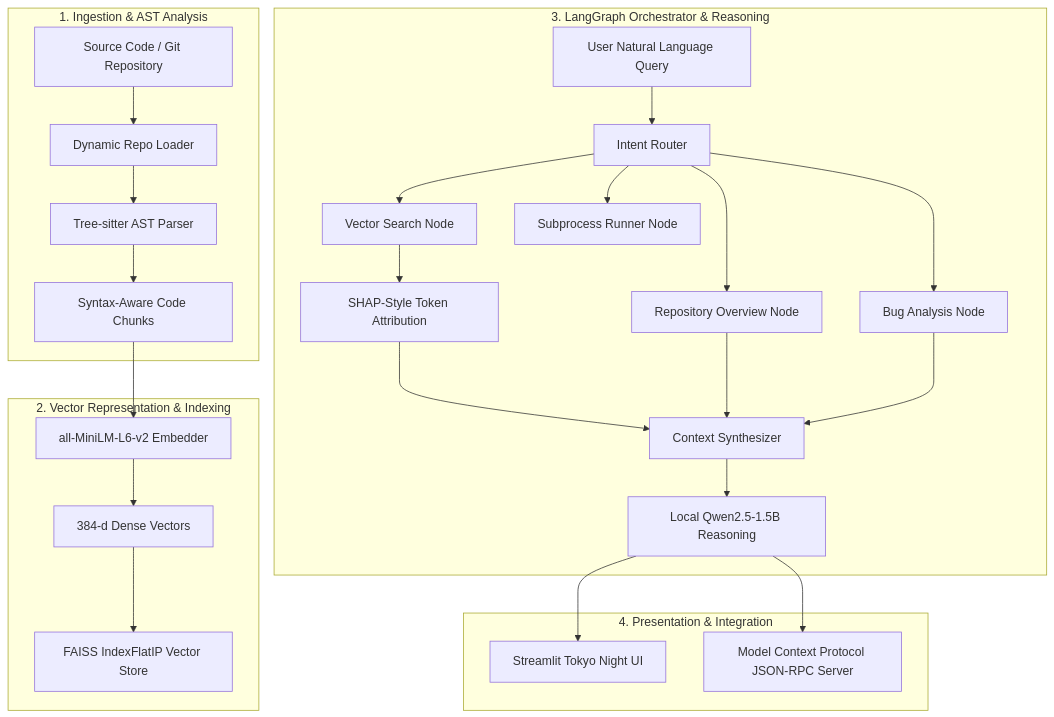
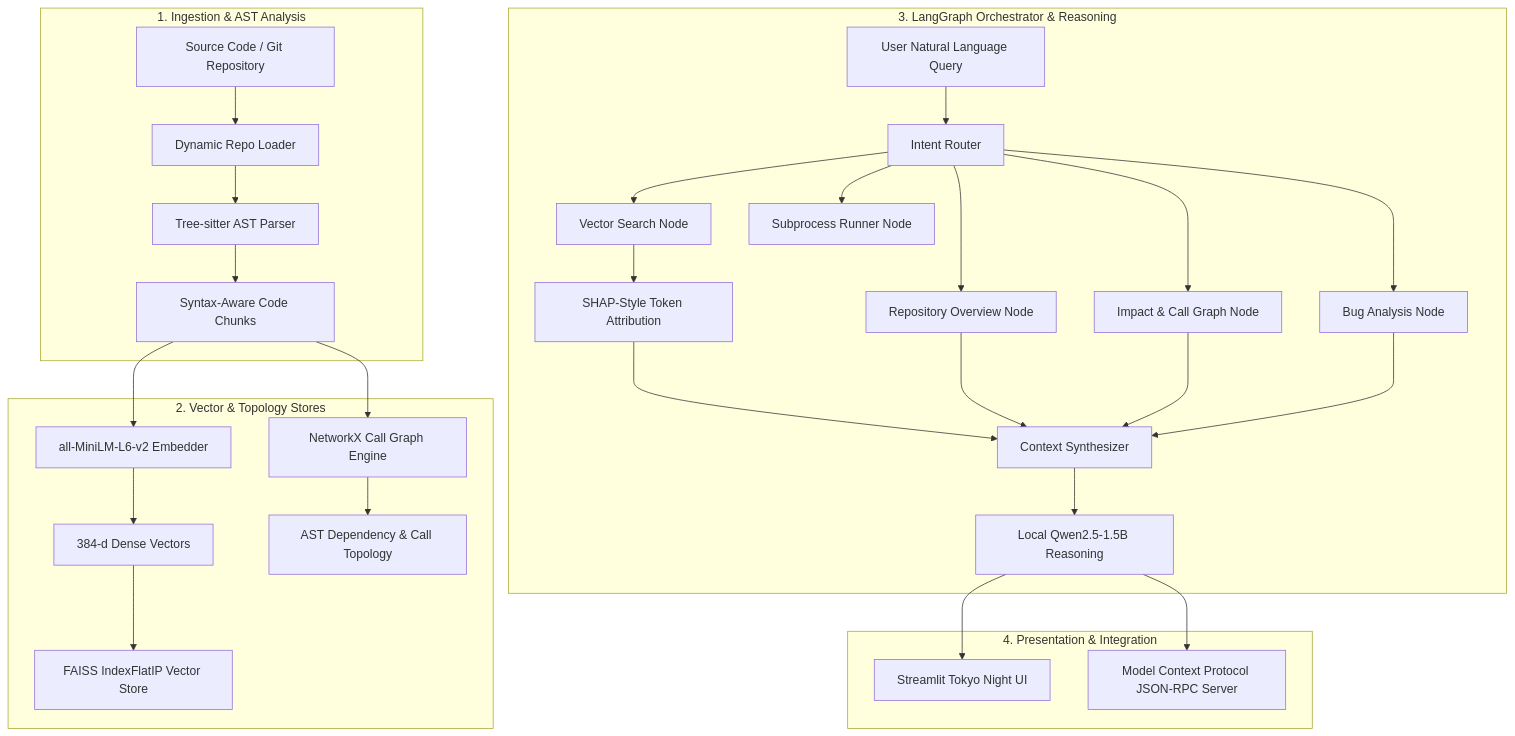
Before and after one commit to nandinisahu2120/codeAtlas: the diagram in README.md, drawn with Mermaid. The commit also changed other lines of this file, not shown here.

Commit message:
docs: update README with call graph topology, architecture, and contributors

````diff
--- a/README.md
+++ b/README.md
@@ -11,34 +11,39 @@
 ```mermaid
 flowchart TD
     subgraph Ingestion ["1. Ingestion & AST Analysis"]
         Repo[Source Code / Git Repository] --> Loader[Dynamic Repo Loader]
         Loader --> TS[Tree-sitter AST Parser]
         TS --> Chunks[Syntax-Aware Code Chunks]
     end
 
-    subgraph Indexing ["2. Vector Representation & Indexing"]
+    subgraph Indexing ["2. Vector & Topology Stores"]
         Chunks --> Embedder[all-MiniLM-L6-v2 Embedder]
         Embedder --> Vectors[384-d Dense Vectors]
         Vectors --> FAISS[FAISS IndexFlatIP Vector Store]
+        
+        Chunks --> GraphEngine[NetworkX Call Graph Engine]
+        GraphEngine --> DiGraph[AST Dependency & Call Topology]
     end
 
     subgraph AgenticCore ["3. LangGraph Orchestrator & Reasoning"]
         Query[User Natural Language Query] --> Router[Intent Router]
         Router --> SearchNode[Vector Search Node]
         Router --> OverviewNode[Repository Overview Node]
+        Router --> GraphNode[Impact & Call Graph Node]
         Router --> BugNode[Bug Analysis Node]
         Router --> RunNode[Subprocess Runner Node]
         
         SearchNode --> XAI[SHAP-Style Token Attribution]
         XAI --> ContextBuilder[Context Synthesizer]
         OverviewNode --> ContextBuilder
+        GraphNode --> ContextBuilder
         BugNode --> ContextBuilder
 
         ContextBuilder --> SLM[Local Qwen2.5-1.5B Reasoning]
     end
 
     subgraph Interfaces ["4. Presentation & Integration"]
         SLM --> UI[Streamlit Tokyo Night UI]
         SLM --> MCP[Model Context Protocol JSON-RPC Server]
     end
 ```
````
